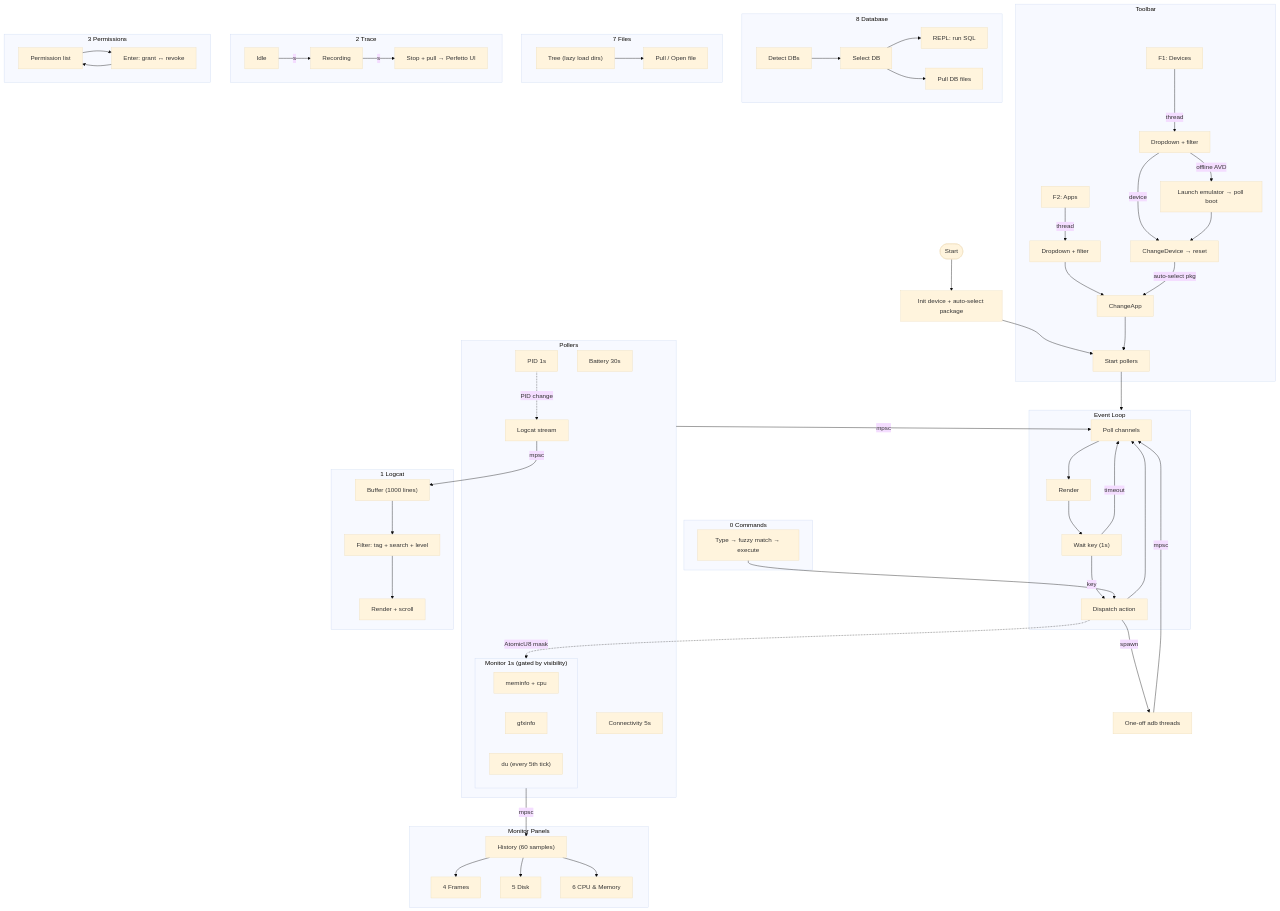
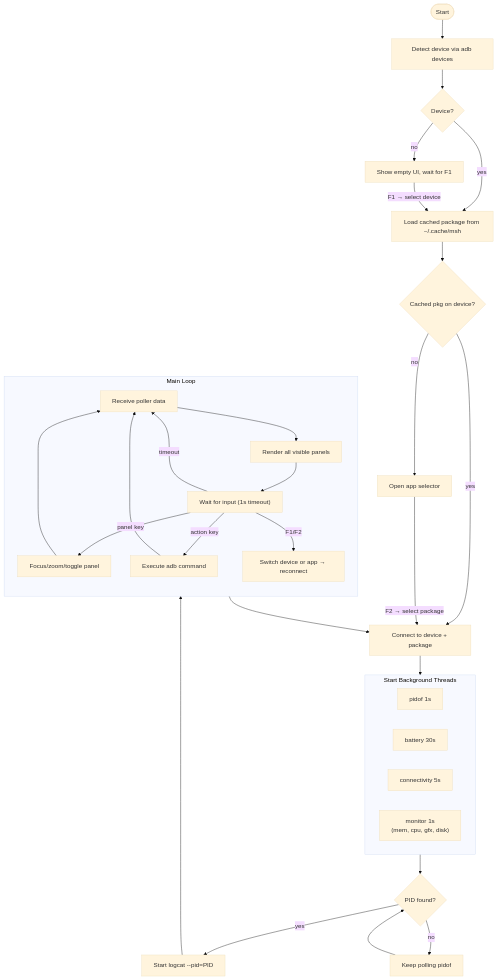
The diagram in docs/architecture.mmd (measure-sh/holo), drawn with Mermaid (base theme) before and after one commit.

Commit message:
Rewrite architecture as top-down happy path flow

```diff
--- a/docs/architecture.mmd
+++ b/docs/architecture.mmd
@@ -1,81 +1,42 @@
 graph TD
-    %% === STARTUP ===
-    START([Start]) --> INIT["Init device + auto-select package"] --> DATA["Start pollers"] --> LOOP
+    START([Start]) --> DETECT["Detect device via adb devices"]
+    DETECT --> HAS{Device?}
+    HAS -->|no| WAIT_F1["Show empty UI, wait for F1"]
+    HAS -->|yes| CACHE["Load cached package from ~/.cache/msh"]
+    WAIT_F1 -->|F1 → select device| CACHE
 
-    %% === EVENT LOOP ===
-    subgraph LOOP["Event Loop"]
-        POLL["Poll channels"] --> DRAW["Render"] --> WAIT["Wait key (1s)"]
-        WAIT -->|key| DISPATCH["Dispatch action"] --> POLL
-        WAIT -->|timeout| POLL
+    CACHE --> MATCH{Cached pkg on device?}
+    MATCH -->|yes| CONNECT
+    MATCH -->|no| WAIT_F2["Open app selector"]
+    WAIT_F2 -->|F2 → select package| CONNECT
+
+    CONNECT["Connect to device + package"] --> START_POLLERS
+
+    subgraph START_POLLERS["Start Background Threads"]
+        direction LR
+        P1["pidof 1s"]
+        P2["battery 30s"]
+        P3["connectivity 5s"]
+        P4["monitor 1s\n(mem, cpu, gfx, disk)"]
     end
 
-    %% === POLLERS ===
-    subgraph BG["Pollers"]
-        BAT["Battery 30s"]
-        PID["PID 1s"]
-        CONN["Connectivity 5s"]
-        subgraph MON["Monitor 1s (gated by visibility)"]
-            direction LR
-            MEM["meminfo + cpu"]
-            GFX["gfxinfo"]
-            DISK["du (every 5th tick)"]
-        end
-        LOG["Logcat stream"]
+    START_POLLERS --> PID_READY{PID found?}
+    PID_READY -->|yes| LOGCAT["Start logcat --pid=PID"]
+    PID_READY -->|no| POLL_PID["Keep polling pidof"]
+    POLL_PID --> PID_READY
+
+    LOGCAT --> RUNNING["App Running"]
+
+    subgraph RUNNING["Main Loop"]
+        direction TB
+        RECV["Receive poller data"] --> RENDER["Render all visible panels"]
+        RENDER --> KEY["Wait for input (1s timeout)"]
+        KEY -->|timeout| RECV
+        KEY -->|panel key| FOCUS["Focus/zoom/toggle panel"]
+        KEY -->|action key| ACTION["Execute adb command"]
+        KEY -->|F1/F2| SWITCH["Switch device or app → reconnect"]
+        FOCUS --> RECV
+        ACTION --> RECV
     end
 
-    BG -->|mpsc| POLL
-    PID -.->|PID change| LOG
-    DISPATCH -.->|AtomicU8 mask| MON
-    DISPATCH -->|spawn| OPS["One-off adb threads"] -->|mpsc| POLL
-
-    %% === TOOLBAR ===
-    subgraph TOOLBAR["Toolbar"]
-        F1["F1: Devices"] -->|thread| DROP_D["Dropdown + filter"]
-        DROP_D -->|device| CHANGE["ChangeDevice → reset"]
-        DROP_D -->|offline AVD| EMU["Launch emulator → poll boot"] --> CHANGE
-        F2["F2: Apps"] -->|thread| DROP_P["Dropdown + filter"] --> APP["ChangeApp"]
-        CHANGE -->|auto-select pkg| APP --> DATA
-    end
-
-    %% === MONITOR ===
-    subgraph MONITOR["Monitor Panels"]
-        HIST["History (60 samples)"]
-        HIST --> FRAMES["4 Frames"]
-        HIST --> DISKP["5 Disk"]
-        HIST --> SYS["6 CPU & Memory"]
-    end
-    MON -->|mpsc| HIST
-
-    %% === LOGCAT ===
-    subgraph LOGCAT["1 Logcat"]
-        BUF["Buffer (1000 lines)"] --> FILTER["Filter: tag + search + level"] --> RENDER_L["Render + scroll"]
-    end
-    LOG -->|mpsc| BUF
-
-    %% === COMMANDS ===
-    subgraph CMD["0 Commands"]
-        FUZZY["Type → fuzzy match → execute"]
-    end
-    FUZZY --> DISPATCH
-
-    %% === DATABASE ===
-    subgraph DB["8 Database"]
-        DB_LIST["Detect DBs"] --> DB_SEL["Select DB"] --> DB_REPL["REPL: run SQL"]
-        DB_SEL --> DB_PULL["Pull DB files"]
-    end
-
-    %% === FILES ===
-    subgraph FILES["7 Files"]
-        TREE["Tree (lazy load dirs)"] --> FILE_ACT["Pull / Open file"]
-    end
-
-    %% === TRACE ===
-    subgraph TRACE["2 Trace"]
-        T_IDLE["Idle"] -->|s| T_REC["Recording"] -->|s| T_PULL["Stop + pull → Perfetto UI"]
-    end
-
-    %% === PERMISSIONS ===
-    subgraph PERMS["3 Permissions"]
-        P_LIST["Permission list"] --> P_TOG["Enter: grant ↔ revoke"]
-        P_TOG --> P_LIST
-    end
+    SWITCH --> CONNECT
```
